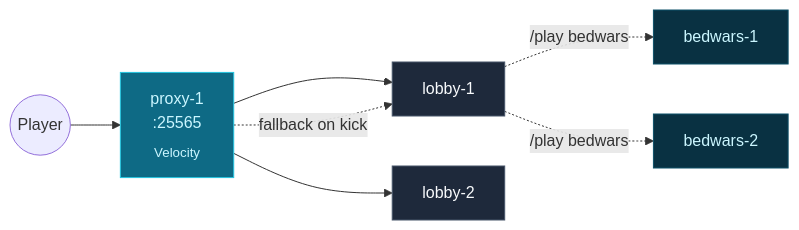
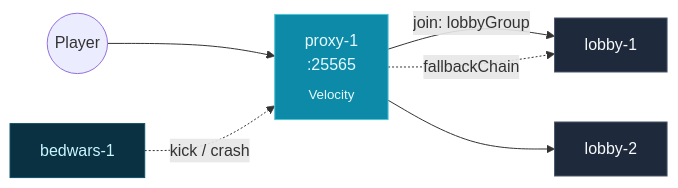
The diagram in docs/public/en/getting-started/your-first-network.md (PrexorJustin/prexorcloud), drawn with Mermaid before and after one commit. The commit also changed other lines of this file and 20 other files, not shown here.

````diff
--- a/docs/public/en/getting-started/your-first-network.md
+++ b/docs/public/en/getting-started/your-first-network.md
@@ -22,15 +24,14 @@
 ```mermaid
 flowchart LR
   Player(("Player")) --> ProxyInst["proxy-1<br/>:25565<br/><sub>Velocity</sub>"]
-  ProxyInst --> Lobby1["lobby-1"]
+  ProxyInst -->|join: lobbyGroup| Lobby1["lobby-1"]
   ProxyInst --> Lobby2["lobby-2"]
-  ProxyInst -. "fallback on kick" .-> Lobby1
-  Lobby1 -. "/play bedwars" .-> BW1["bedwars-1"]
-  Lobby1 -. "/play bedwars" .-> BW2["bedwars-2"]
-  classDef proxy fill:#0e6a85,stroke:#22c5e0,color:#cbf6ff
+  BW1["bedwars-1"] -. "kick / crash" .-> ProxyInst
+  ProxyInst -. "fallbackChain" .-> Lobby1
+  classDef proxy fill:#0c8aa8,stroke:#4ec5d4,color:#e7fbff
   classDef lobby fill:#1e293b,stroke:#475569,color:#f8fafc
   classDef game  fill:#093142,stroke:#0d5168,color:#cbf6ff
   class ProxyInst proxy
   class Lobby1,Lobby2 lobby
-  class BW1,BW2 game
+  class BW1 game
 ```
````
